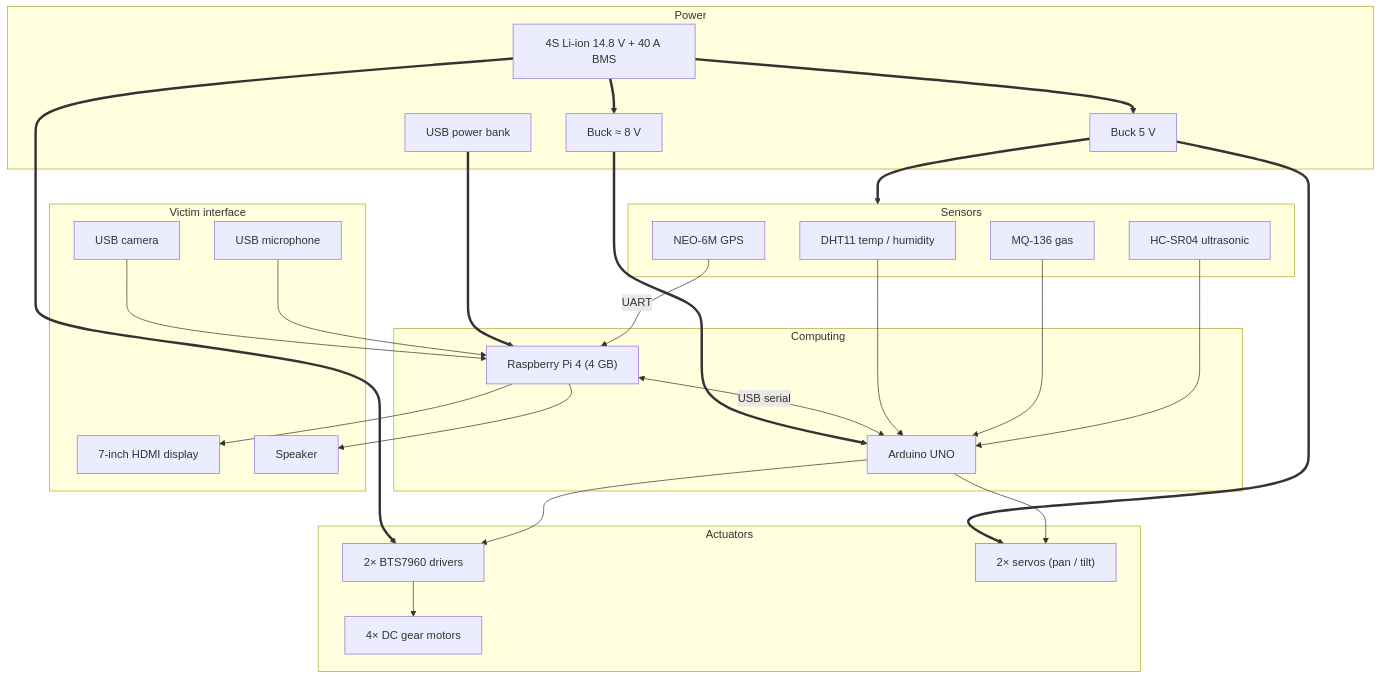
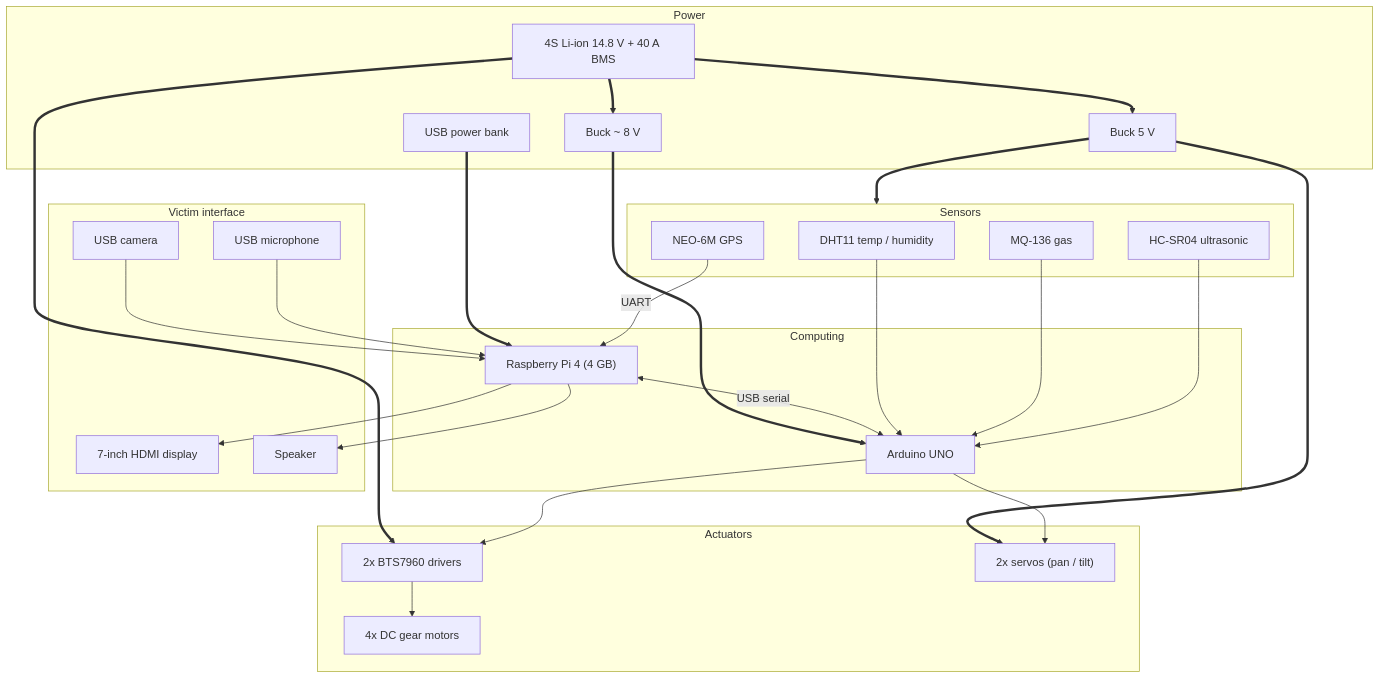
Diagram 13 of 14 in research paper/methodology_diagrams.md (baiust999/robort-code-from-pi), drawn with Mermaid before and after one commit. The commit also changed other lines of this file and 4 other files, not shown here.

````diff
--- a/research paper/methodology_diagrams.md
+++ b/research paper/methodology_diagrams.md
@@ -502,54 +502,54 @@
 ```mermaid
 flowchart TB
     subgraph POWER["Power"]
         BAT["4S Li-ion 14.8 V + 40 A BMS"]
         BK5["Buck 5 V"]
-        BK8["Buck ≈ 8 V"]
+        BK8["Buck ~ 8 V"]
         PB["USB power bank"]
     end
 
     subgraph COMPUTE["Computing"]
         PI["Raspberry Pi 4 (4 GB)"]
         ARD["Arduino UNO"]
     end
 
     subgraph ACT["Actuators"]
-        DRV["2× BTS7960 drivers"]
-        MOT["4× DC gear motors"]
-        SRV["2× servos (pan / tilt)"]
+        DRV["2x BTS7960 drivers"]
+        MOT["4x DC gear motors"]
+        SRV["2x servos (pan / tilt)"]
     end
 
     subgraph SENSE["Sensors"]
         DHT["DHT11 temp / humidity"]
         MQ["MQ-136 gas"]
         US["HC-SR04 ultrasonic"]
         GPS["NEO-6M GPS"]
     end
 
     subgraph HMI["Victim interface"]
         CAM["USB camera"]
         MIC["USB microphone"]
         DSP["7-inch HDMI display"]
         SPK["Speaker"]
     end
 
     BAT ==> DRV
     BAT ==> BK5
     BAT ==> BK8
     BK8 ==> ARD
     BK5 ==> SRV
     BK5 ==> SENSE
     PB ==> PI
 
     PI <-->|"USB serial"| ARD
     ARD --> DRV --> MOT
     ARD --> SRV
     DHT --> ARD
     MQ --> ARD
     US --> ARD
     GPS -->|UART| PI
     CAM --> PI
     MIC --> PI
     PI --> DSP
     PI --> SPK
 ```
````
